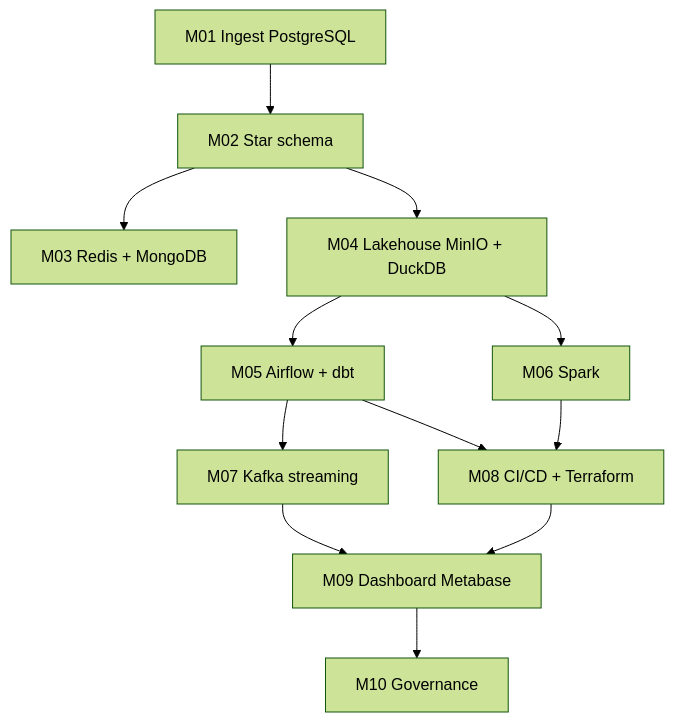
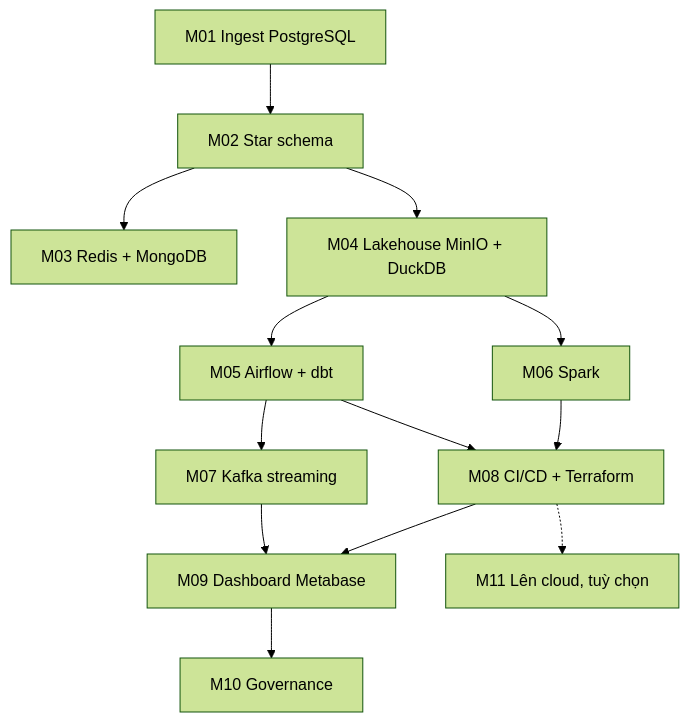
Before and after one commit to Buicongbang04/Learning_Platform: the second of 2 diagrams in tracks/data-engineer/capstone/README.md, drawn with Mermaid (forest theme). The commit also changed other lines of this file and 62 other files, not shown here.

First line of the commit message:
Thêm module 11 Cloud, bổ sung mục roadmap còn thiếu, kiểm chứng dịch vụ Docker

````diff
--- a/tracks/data-engineer/capstone/README.md
+++ b/tracks/data-engineer/capstone/README.md
@@ -77,14 +77,15 @@
 ```mermaid
 flowchart TD
     M1[M01 Ingest PostgreSQL] --> M2[M02 Star schema]
     M2 --> M3[M03 Redis + MongoDB]
     M2 --> M4[M04 Lakehouse MinIO + DuckDB]
     M4 --> M5[M05 Airflow + dbt]
     M4 --> M6[M06 Spark]
     M5 --> M7[M07 Kafka streaming]
     M5 --> M8[M08 CI/CD + Terraform]
     M6 --> M8
     M7 --> M9[M09 Dashboard Metabase]
     M8 --> M9
     M9 --> M10[M10 Governance]
+    M8 -.-> M11[M11 Lên cloud, tuỳ chọn]
 ```
````
